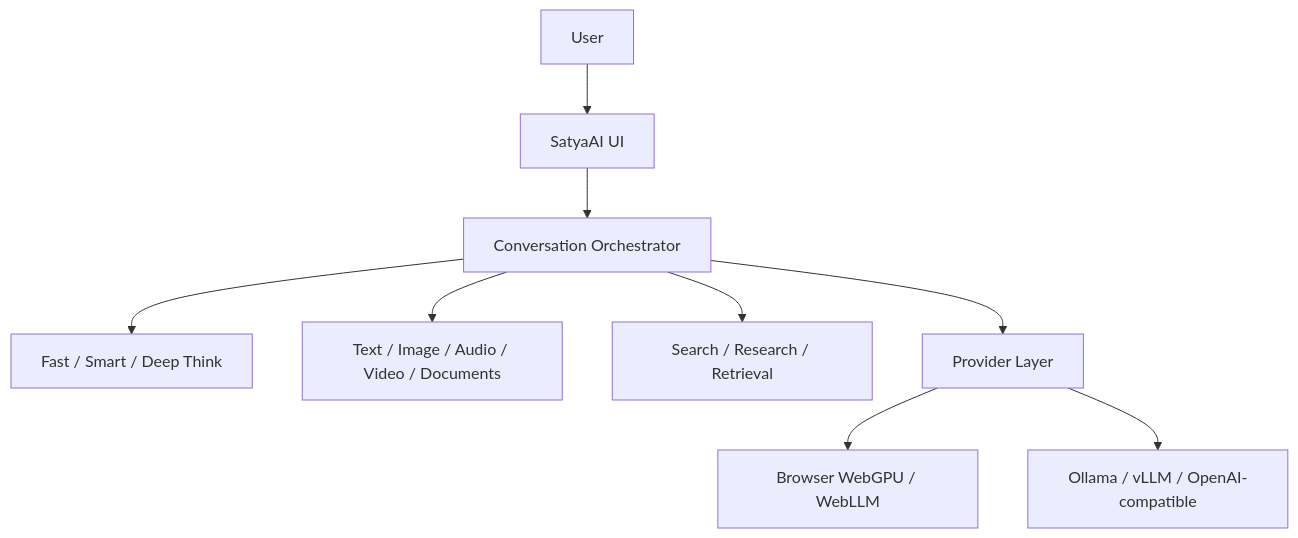
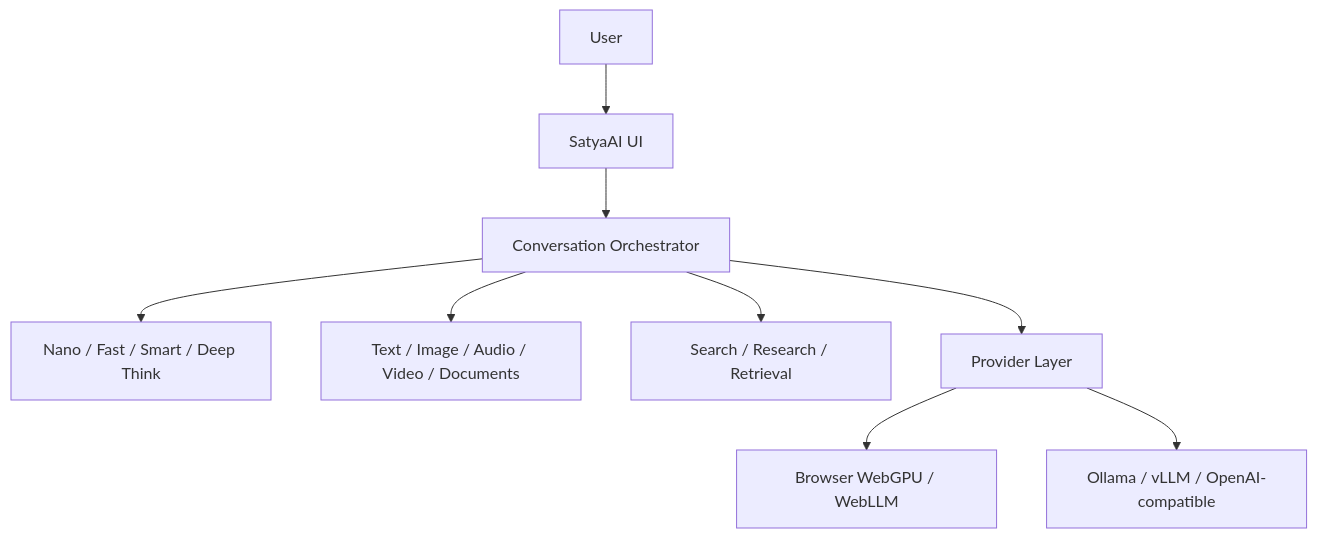
The diagram in README.md (SatyajitBeura2468/SatyaAI), drawn with Mermaid before and after one commit. The commit also changed other lines of this file and 10 other files, not shown here.

````diff
--- a/README.md
+++ b/README.md
@@ -20,11 +20,11 @@
 ```mermaid
 flowchart TD
   User --> UI[SatyaAI UI]
   UI --> Orchestrator[Conversation Orchestrator]
-  Orchestrator --> Modes[Fast / Smart / Deep Think]
+  Orchestrator --> Modes[Nano / Fast / Smart / Deep Think]
   Orchestrator --> Perception[Text / Image / Audio / Video / Documents]
   Orchestrator --> Tools[Search / Research / Retrieval]
   Orchestrator --> Providers[Provider Layer]
   Providers --> Local[Browser WebGPU / WebLLM]
   Providers --> Remote[Ollama / vLLM / OpenAI-compatible]
 ```
````
